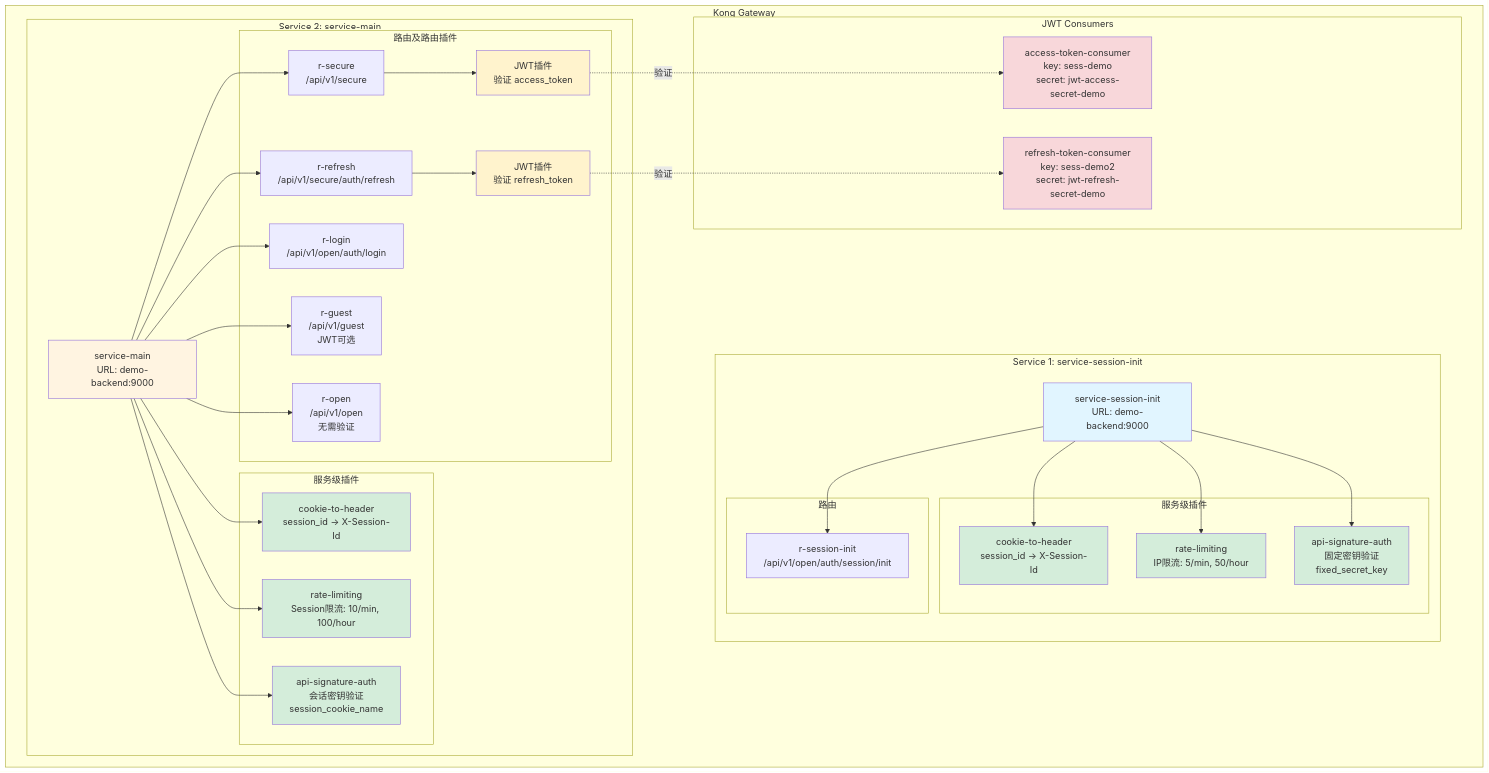
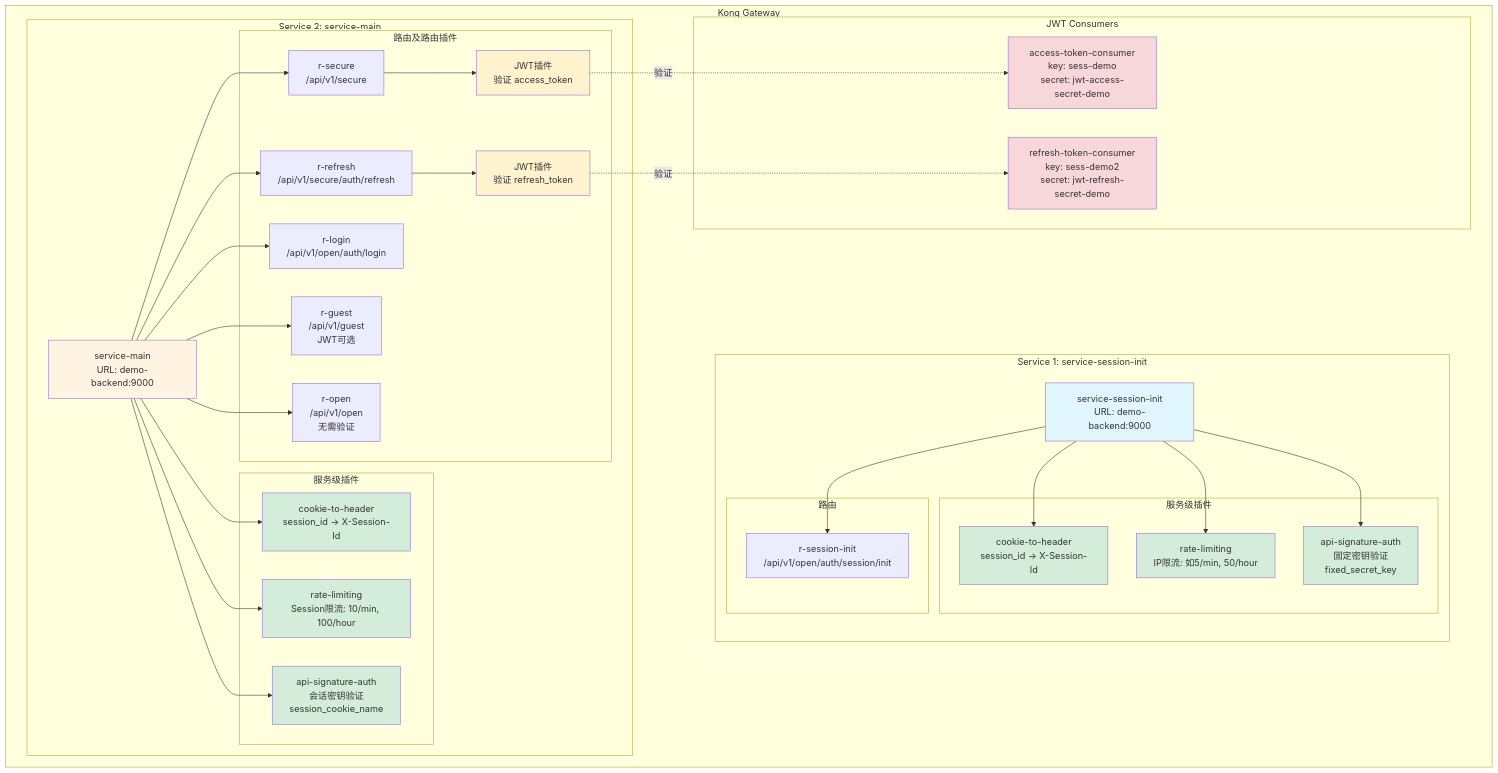
The diagram in all/未命名-8.md (yingjianzh/iodraw-files), drawn with Mermaid before and after one commit.

Commit message:
2025-12-10 09:44:19 update

````diff
--- a/all/未命名-8.md
+++ b/all/未命名-8.md
@@ -1,82 +1,82 @@
 ```mermaid
 
 graph TB
     subgraph "Kong Gateway"
         subgraph "Service 1: service-session-init"
             S1[service-session-init<br/>URL: demo-backend:9000]
             
             subgraph "服务级插件"
                 S1P1[cookie-to-header<br/>session_id → X-Session-Id]
-                S1P2[rate-limiting<br/>IP限流: 5/min, 50/hour]
+                S1P2[rate-limiting<br/>IP限流: 如5/min, 50/hour]
                 S1P3[api-signature-auth<br/>固定密钥验证<br/>fixed_secret_key]
             end
             
             subgraph "路由"
                 R1[r-session-init<br/>/api/v1/open/auth/session/init]
             end
             
             S1 --> S1P1
             S1 --> S1P2
             S1 --> S1P3
             S1 --> R1
         end
         
         subgraph "Service 2: service-main"
             S2[service-main<br/>URL: demo-backend:9000]
             
             subgraph "服务级插件 "
                 S2P1[cookie-to-header<br/>session_id → X-Session-Id]
                 S2P2[rate-limiting<br/>Session限流: 10/min, 100/hour]
                 S2P3[api-signature-auth<br/>会话密钥验证<br/>session_cookie_name]
             end
             
             subgraph "路由及路由插件"
                 R2[r-login<br/>/api/v1/open/auth/login]
                 
                 R3[r-refresh<br/>/api/v1/secure/auth/refresh]
                 R3P1[JWT插件<br/>验证 refresh_token]
                 
                 R4[r-secure<br/>/api/v1/secure]
                 R4P1[JWT插件<br/>验证 access_token]
                 
                 R5[r-guest<br/>/api/v1/guest<br/>JWT可选]
                 
                 R6[r-open<br/>/api/v1/open<br/>无需验证]
                 
                 R3 --> R3P1
                 R4 --> R4P1
             end
             
             S2 --> S2P1
             S2 --> S2P2
             S2 --> S2P3
             S2 --> R2
             S2 --> R3
             S2 --> R4
             S2 --> R5
             S2 --> R6
         end
         
         subgraph "JWT Consumers"
             C1[access-token-consumer<br/>key: sess-demo<br/>secret: jwt-access-secret-demo]
             C2[refresh-token-consumer<br/>key: sess-demo2<br/>secret: jwt-refresh-secret-demo]
         end
         
         R3P1 -.验证.-> C2
         R4P1 -.验证.-> C1
     end
     
     style S1 fill:#e1f5ff
     style S2 fill:#fff4e1
     style S1P1 fill:#d4edda
     style S1P2 fill:#d4edda
     style S1P3 fill:#d4edda
     style S2P1 fill:#d4edda
     style S2P2 fill:#d4edda
     style S2P3 fill:#d4edda
     style R3P1 fill:#fff3cd
     style R4P1 fill:#fff3cd
     style C1 fill:#f8d7da
     style C2 fill:#f8d7da
 
 ```
````
